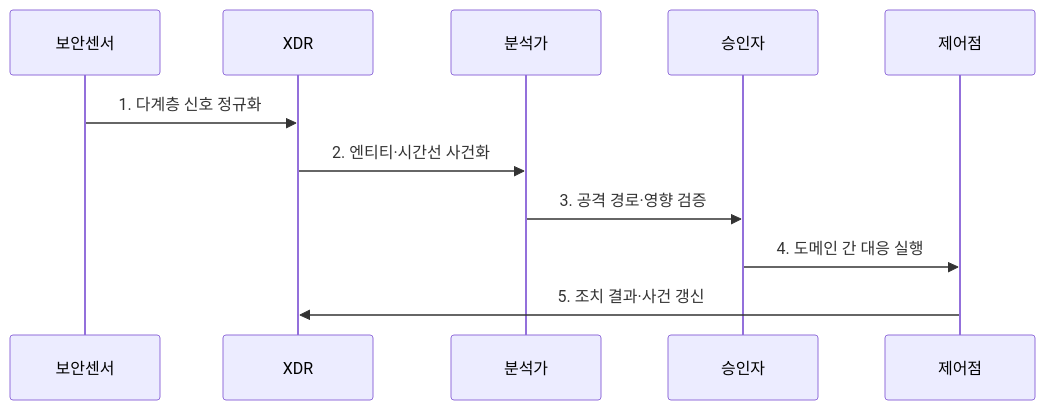
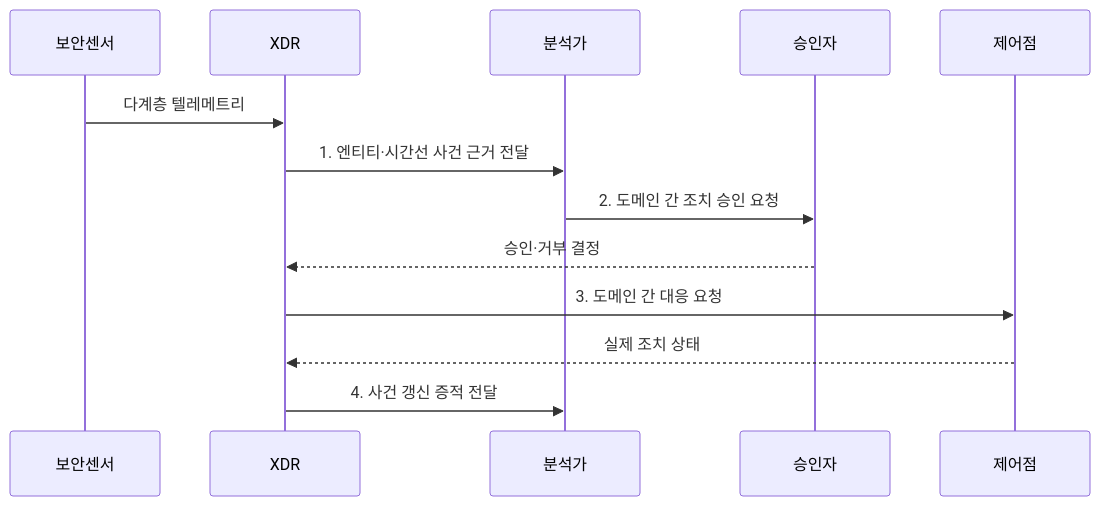
One commit to agnusdei1207/knowledge-base changed the second of 2 diagrams in src/content/docs/notes/05-security/039_extended_detection_response.md. Above: the diagram before and after it, drawn with Mermaid. The commit also changed other lines of this file and 20 other files, not shown here.

````diff
--- a/src/content/docs/notes/05-security/039_extended_detection_response.md
+++ b/src/content/docs/notes/05-security/039_extended_detection_response.md
@@ -79,13 +80,15 @@
 ```mermaid
 sequenceDiagram
     participant 보안센서
     participant XDR
     participant 분석가
     participant 승인자
     participant 제어점
-    보안센서->>XDR: 1. 다계층 신호 정규화
-    XDR->>분석가: 2. 엔티티·시간선 사건화
-    분석가->>승인자: 3. 공격 경로·영향 검증
-    승인자->>제어점: 4. 도메인 간 대응 실행
-    제어점->>XDR: 5. 조치 결과·사건 갱신
+    보안센서->>XDR: 다계층 텔레메트리
+    XDR->>분석가: 1. 엔티티·시간선 사건 근거 전달
+    분석가->>승인자: 2. 도메인 간 조치 승인 요청
+    승인자-->>XDR: 승인·거부 결정
+    XDR->>제어점: 3. 도메인 간 대응 요청
+    제어점-->>XDR: 실제 조치 상태
+    XDR->>분석가: 4. 사건 갱신 증적 전달
 ```
````
